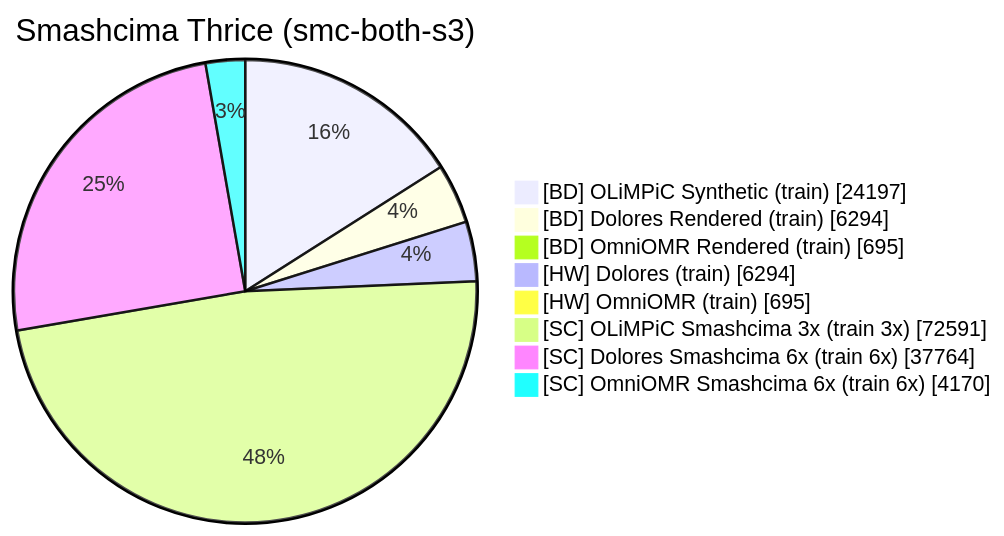
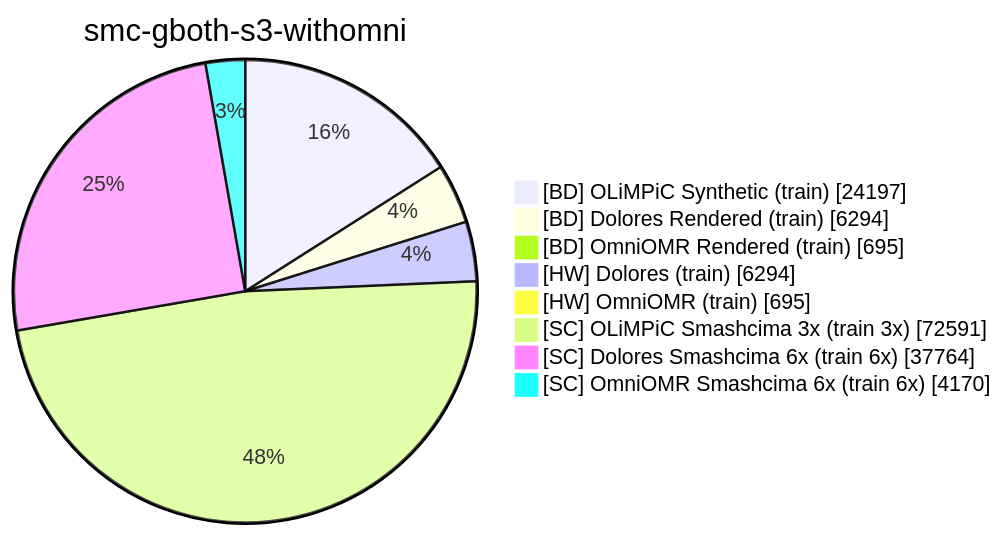
Before and after one commit to Jirka-Mayer/ijdar: the seventh of 8 diagrams in docs/smashcima.md, drawn with Mermaid. The commit also changed other lines of this file and 2 other files, not shown here.

Commit message:
Prepared smc baseline experiments

````diff
--- a/docs/smashcima.md
+++ b/docs/smashcima.md
@@ -92,11 +148,11 @@
 ```mermaid
-pie showData title Smashcima Thrice (smc-both-s3)
+pie showData title smc-gboth-s3-withomni
     "[BD] OLiMPiC Synthetic (train)" : 24197
     "[BD] Dolores Rendered (train)" : 6294
     "[BD] OmniOMR Rendered (train)" : 695
     "[HW] Dolores (train)" : 6294
     "[HW] OmniOMR (train)" : 695
     "[SC] OLiMPiC Smashcima 3x (train 3x)" : 72591
     "[SC] Dolores Smashcima 6x (train 6x)" : 37764
     "[SC] OmniOMR Smashcima 6x (train 6x)" : 4170
 ```
````
